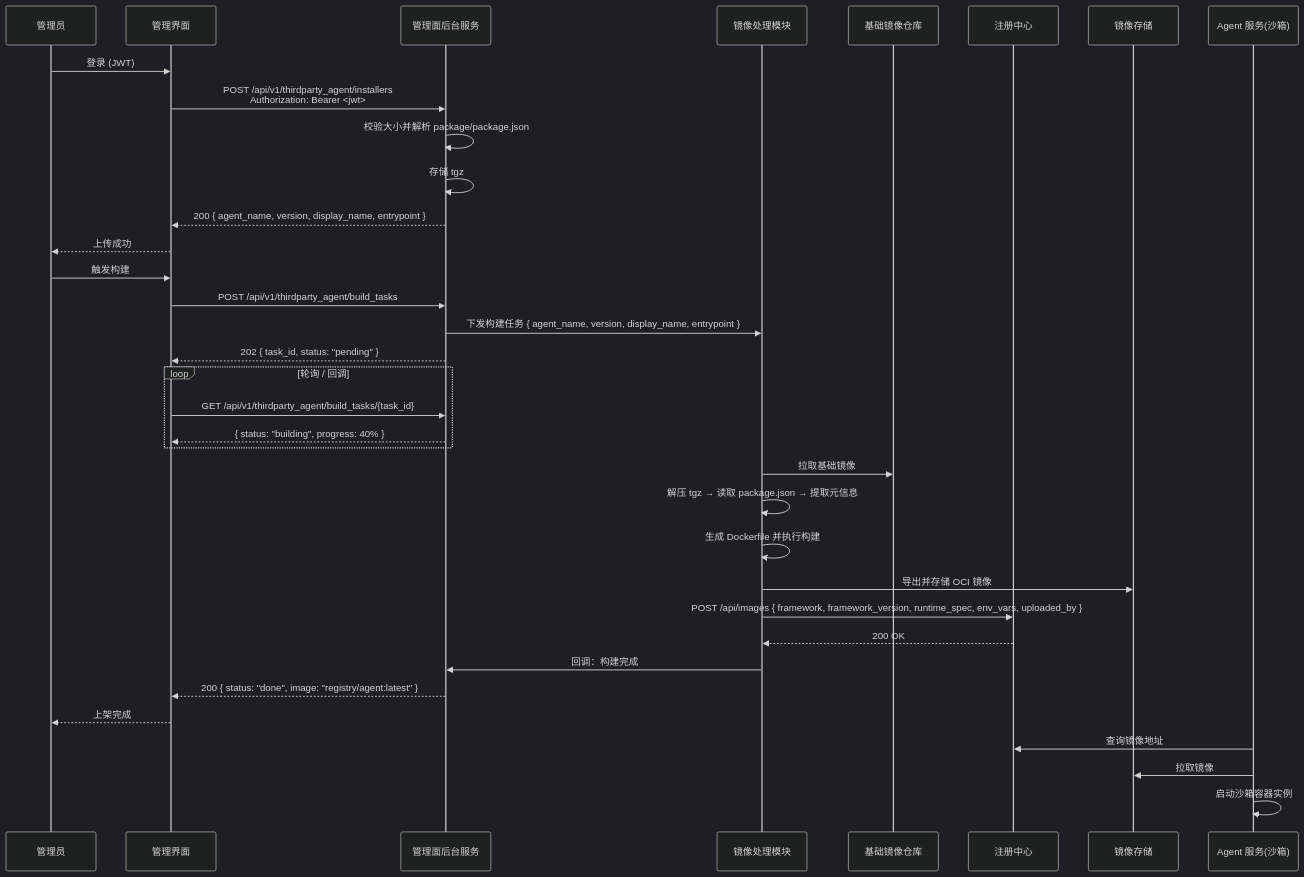
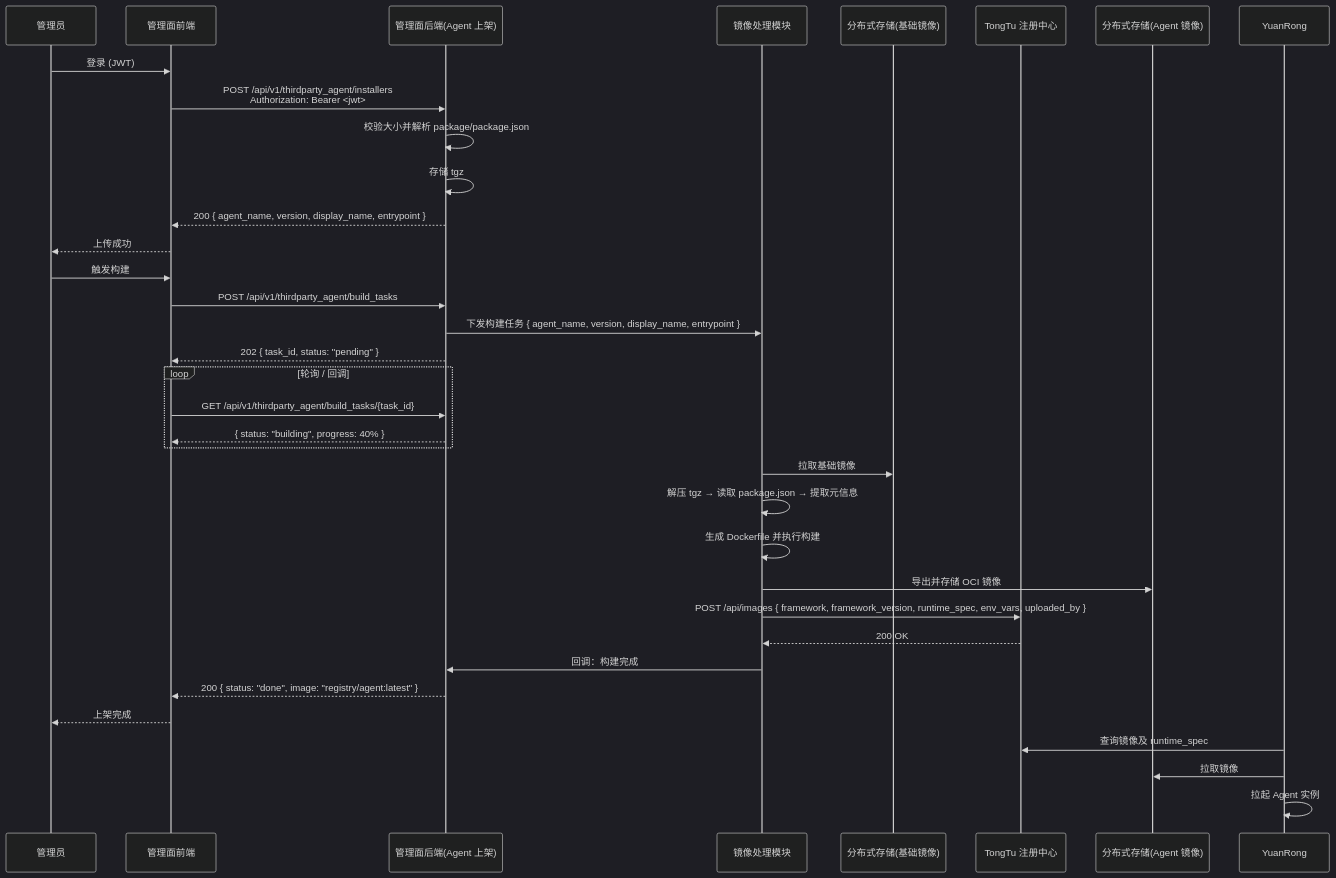
Before and after one commit to csoulnd/InferTechNote: the second of 3 diagrams in codeagent/docs/design/claude-code-offline-install.md, drawn with Mermaid (dark theme). The commit also changed other lines of this file, not shown here.

Commit message:
docs: clarify agent architecture and admin access

````diff
--- a/codeagent/docs/design/claude-code-offline-install.md
+++ b/codeagent/docs/design/claude-code-offline-install.md
@@ -85,42 +88,42 @@
 ```mermaid
 sequenceDiagram
     participant Admin as 管理员
-    participant UI as 管理界面
-    participant ADMIN as 管理面后台服务
+    participant UI as 管理面前端
+    participant ADMIN as 管理面后端(Agent 上架)
     participant BE as 镜像处理模块
-    participant BR as 基础镜像仓库
-    participant REG as 注册中心
-    participant STORE as 镜像存储
-    participant SBOX as Agent 服务(沙箱)
+    participant BR as 分布式存储(基础镜像)
+    participant REG as TongTu 注册中心
+    participant STORE as 分布式存储(Agent 镜像)
+    participant YR as YuanRong
 
     Admin->>UI: 登录 (JWT)
     UI->>ADMIN: POST /api/v1/thirdparty_agent/installers<br/>Authorization: Bearer <jwt>
     ADMIN->>ADMIN: 校验大小并解析 package/package.json
     ADMIN->>ADMIN: 存储 tgz
     ADMIN-->>UI: 200 { agent_name, version, display_name, entrypoint }
     UI-->>Admin: 上传成功
 
     Admin->>UI: 触发构建
     UI->>ADMIN: POST /api/v1/thirdparty_agent/build_tasks
     ADMIN->>BE: 下发构建任务 { agent_name, version, display_name, entrypoint }
     ADMIN-->>UI: 202 { task_id, status: "pending" }
 
     loop 轮询 / 回调
         UI->>ADMIN: GET /api/v1/thirdparty_agent/build_tasks/{task_id}
         ADMIN-->>UI: { status: "building", progress: 40% }
     end
 
     BE->>BR: 拉取基础镜像
     BE->>BE: 解压 tgz → 读取 package.json → 提取元信息
     BE->>BE: 生成 Dockerfile 并执行构建
     BE->>STORE: 导出并存储 OCI 镜像
     BE->>REG: POST /api/images { framework, framework_version, runtime_spec, env_vars, uploaded_by }
     REG-->>BE: 200 OK
     BE->>ADMIN: 回调：构建完成
     ADMIN-->>UI: 200 { status: "done", image: "registry/agent:latest" }
     UI-->>Admin: 上架完成
 
-    SBOX->>REG: 查询镜像地址
-    SBOX->>STORE: 拉取镜像
-    SBOX->>SBOX: 启动沙箱容器实例
+    YR->>REG: 查询镜像及 runtime_spec
+    YR->>STORE: 拉取镜像
+    YR->>YR: 拉起 Agent 实例
 ```
````
